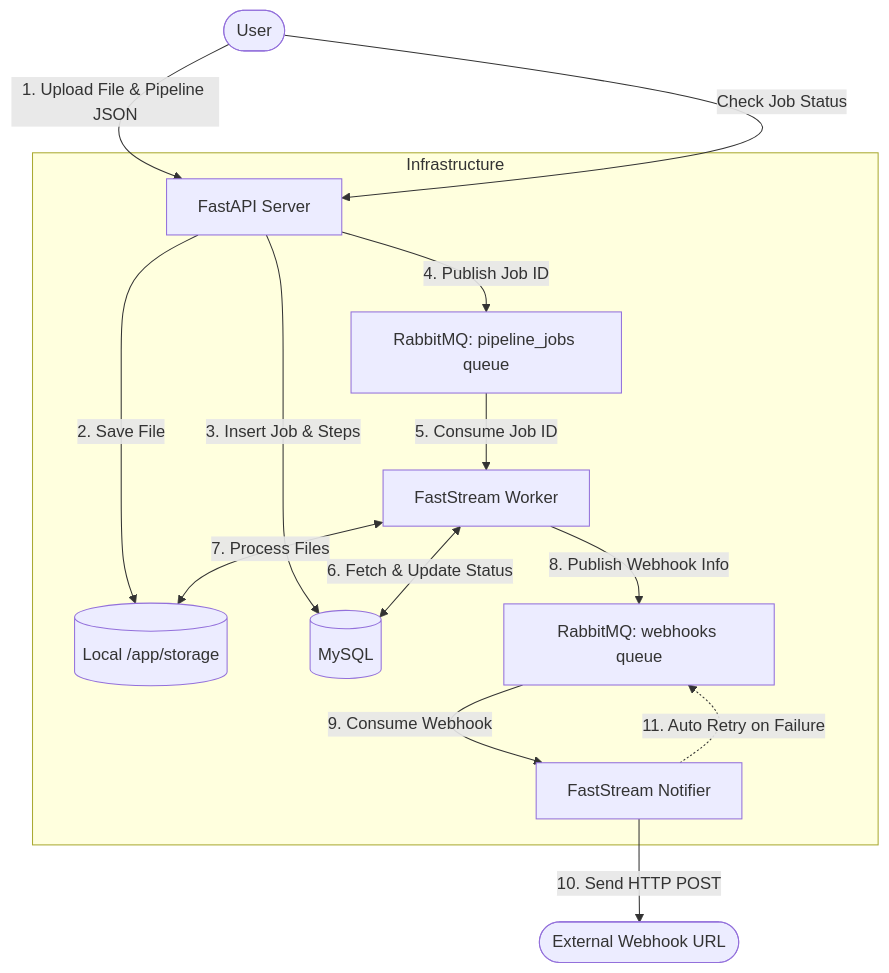
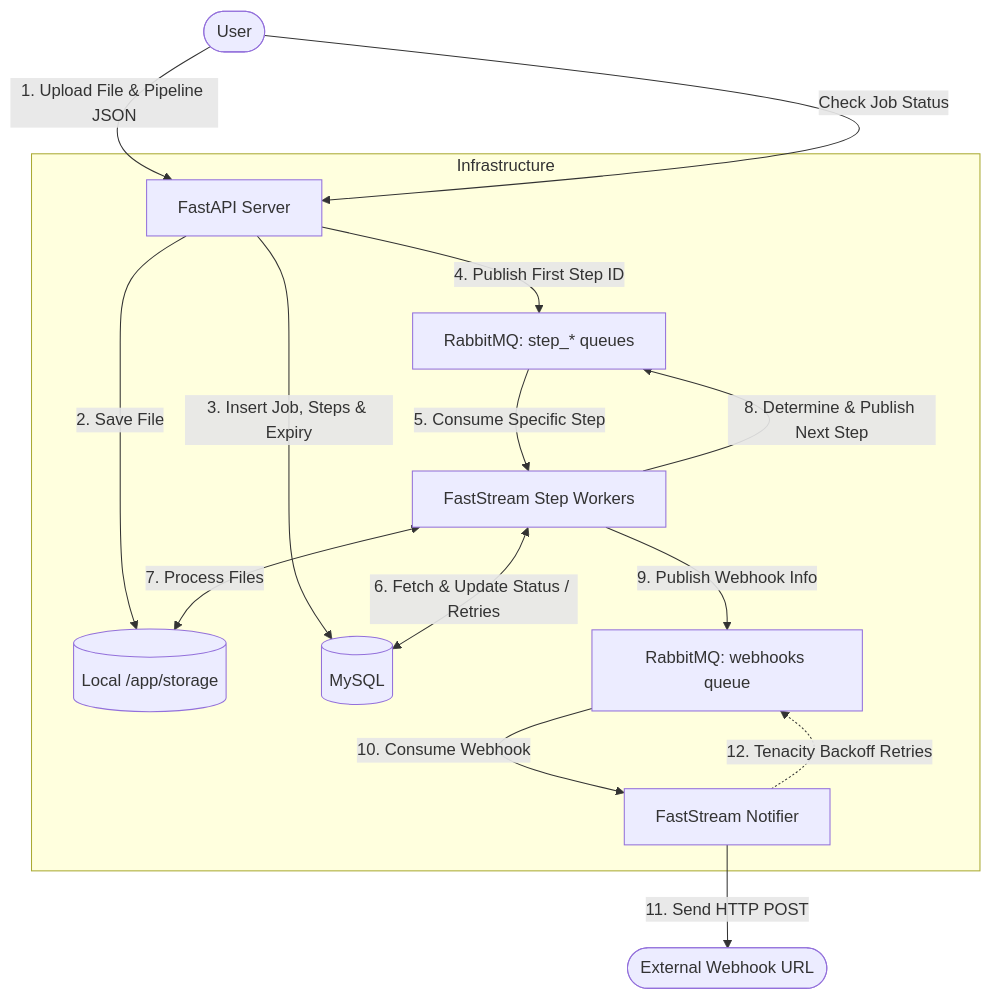
One commit to yayatab/File_Processing_Pipeline changed the diagram in docs/system_overview.md. Above: the diagram before and after it, drawn with Mermaid. The commit also changed other lines of this file and 5 other files, not shown here.

````diff
--- a/docs/system_overview.md
+++ b/docs/system_overview.md
@@ -5,21 +5,22 @@
 ```mermaid
 graph TD
     User([User]) -->|1. Upload File & Pipeline JSON| API[FastAPI Server]
     User -->|Check Job Status| API
 
     subgraph Infrastructure
         API -->|2. Save File| Storage[(Local /app/storage)]
-        API -->|3. Insert Job & Steps| DB[(MySQL)]
-        API -->|4. Publish Job ID| RMQ_Pipeline[RabbitMQ: pipeline_jobs queue]
+        API -->|3. Insert Job, Steps & Expiry| DB[(MySQL)]
+        API -->|4. Publish First Step ID| RMQ_Steps[RabbitMQ: step_* queues]
         
-        RMQ_Pipeline -->|5. Consume Job ID| Worker[FastStream Worker]
-        Worker <-->|6. Fetch & Update Status| DB
+        RMQ_Steps -->|5. Consume Specific Step| Worker[FastStream Step Workers]
+        Worker <-->|6. Fetch & Update Status / Retries| DB
         Worker <-->|7. Process Files| Storage
+        Worker -->|8. Determine & Publish Next Step| RMQ_Steps
         
-        Worker -->|8. Publish Webhook Info| RMQ_Webhooks[RabbitMQ: webhooks queue]
-        RMQ_Webhooks -->|9. Consume Webhook| Notifier[FastStream Notifier]
+        Worker -->|9. Publish Webhook Info| RMQ_Webhooks[RabbitMQ: webhooks queue]
+        RMQ_Webhooks -->|10. Consume Webhook| Notifier[FastStream Notifier]
     end
 
-    Notifier -->|10. Send HTTP POST| WebhookTarget([External Webhook URL])
-    Notifier -.->|11. Auto Retry on Failure| RMQ_Webhooks
+    Notifier -->|11. Send HTTP POST| WebhookTarget([External Webhook URL])
+    Notifier -.->|12. Tenacity Backoff Retries| RMQ_Webhooks
 ```
````
